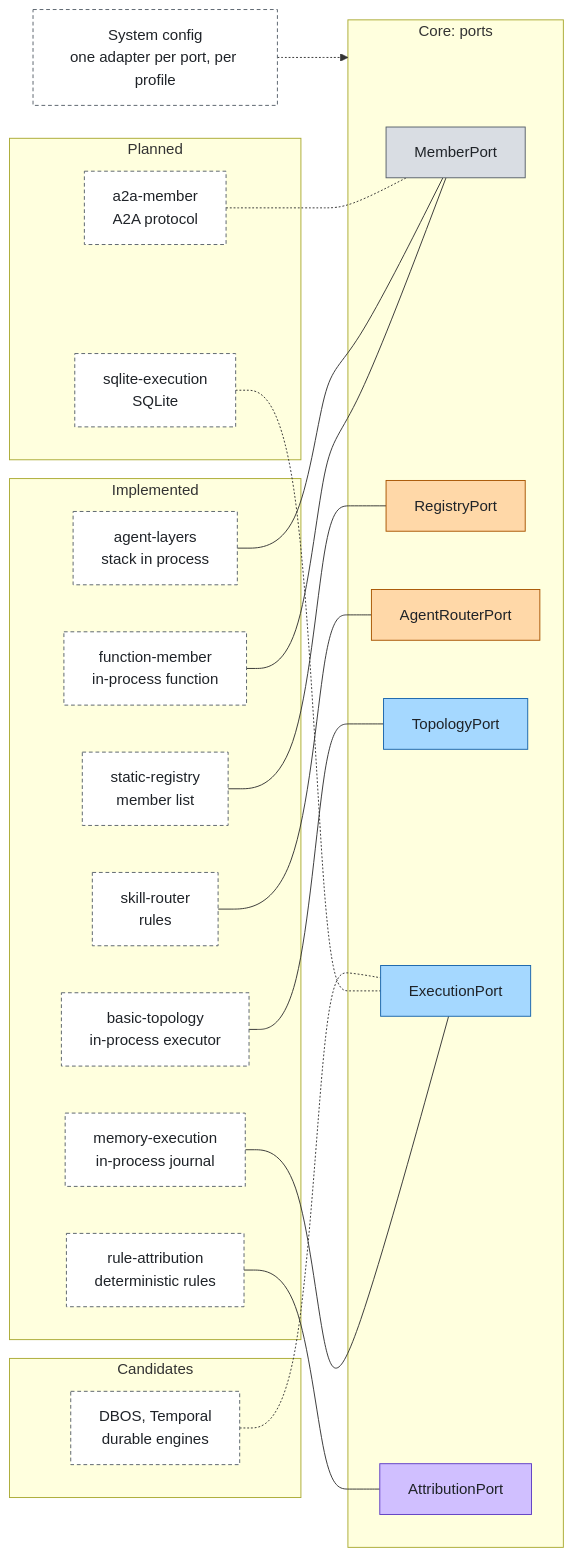
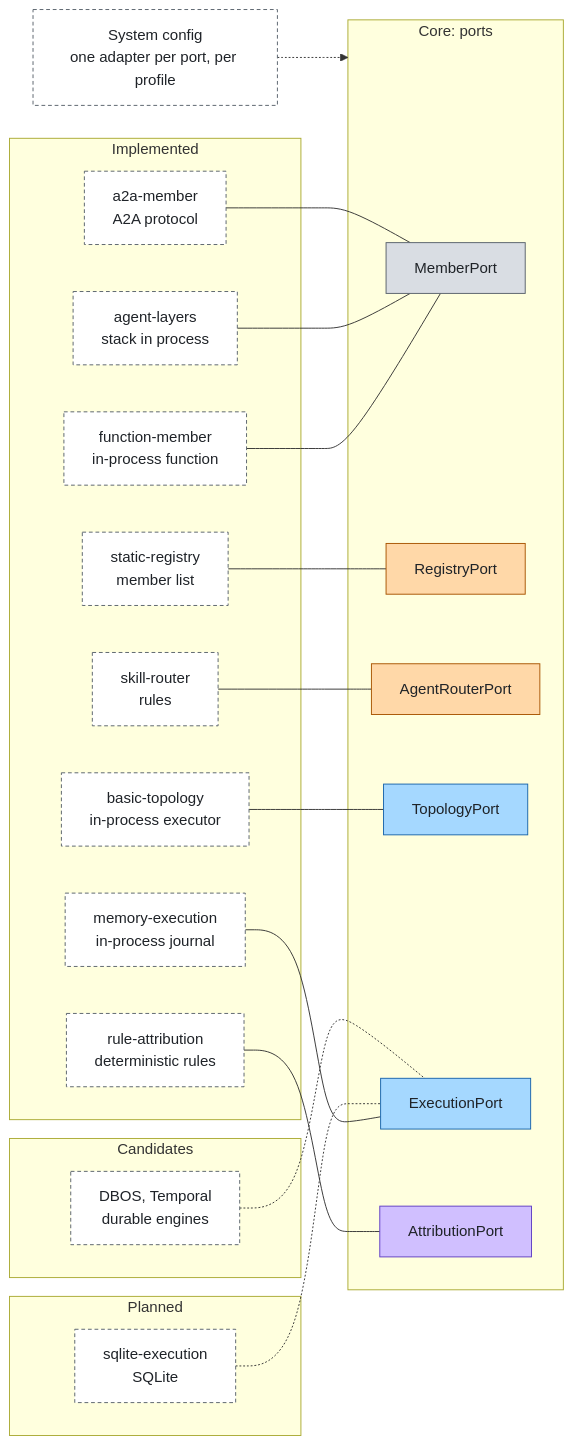
One commit to aantenore/agent-plexus changed the third of 3 diagrams in docs/stack.md. Above: the diagram before and after it, drawn with Mermaid. The commit also changed other lines of this file and 11 other files, not shown here.

````diff
--- a/docs/stack.md
+++ b/docs/stack.md
@@ -100,44 +100,44 @@
 ```mermaid
 flowchart LR
   config["System config<br/>one adapter per port, per profile"]:::external
   subgraph core["Core: ports"]
     mp["MemberPort"]:::foundation
     rp["RegistryPort"]:::model
     ap["AgentRouterPort"]:::model
     tp["TopologyPort"]:::agent
     ep["ExecutionPort"]:::agent
     atp["AttributionPort"]:::insight
   end
   subgraph impl["Implemented"]
     fm["function-member<br/>in-process function"]:::external
     al["agent-layers<br/>stack in process"]:::external
+    a2a["a2a-member<br/>A2A protocol"]:::external
     sr["static-registry<br/>member list"]:::external
     sk["skill-router<br/>rules"]:::external
     bt["basic-topology<br/>in-process executor"]:::external
     me["memory-execution<br/>in-process journal"]:::external
     ra["rule-attribution<br/>deterministic rules"]:::external
   end
   subgraph planned["Planned"]
-    a2a["a2a-member<br/>A2A protocol"]:::external
     sq["sqlite-execution<br/>SQLite"]:::external
   end
   subgraph cand["Candidates"]
     db["DBOS, Temporal<br/>durable engines"]:::external
   end
   config -.-> core
   fm --- mp
   al --- mp
+  a2a --- mp
   sr --- rp
   sk --- ap
   bt --- tp
   me --- ep
   ra --- atp
-  a2a -.- mp
   sq -.- ep
   db -.- ep
   classDef foundation fill:#d9dde3,stroke:#57606a,color:#1f2328
   classDef model fill:#ffd8a8,stroke:#a85400,color:#1f2328
   classDef agent fill:#a5d8ff,stroke:#1864ab,color:#1f2328
   classDef insight fill:#d0bfff,stroke:#5f3dc4,color:#1f2328
   classDef external fill:#ffffff,stroke:#57606a,color:#1f2328,stroke-dasharray:4 3
 ```
````
